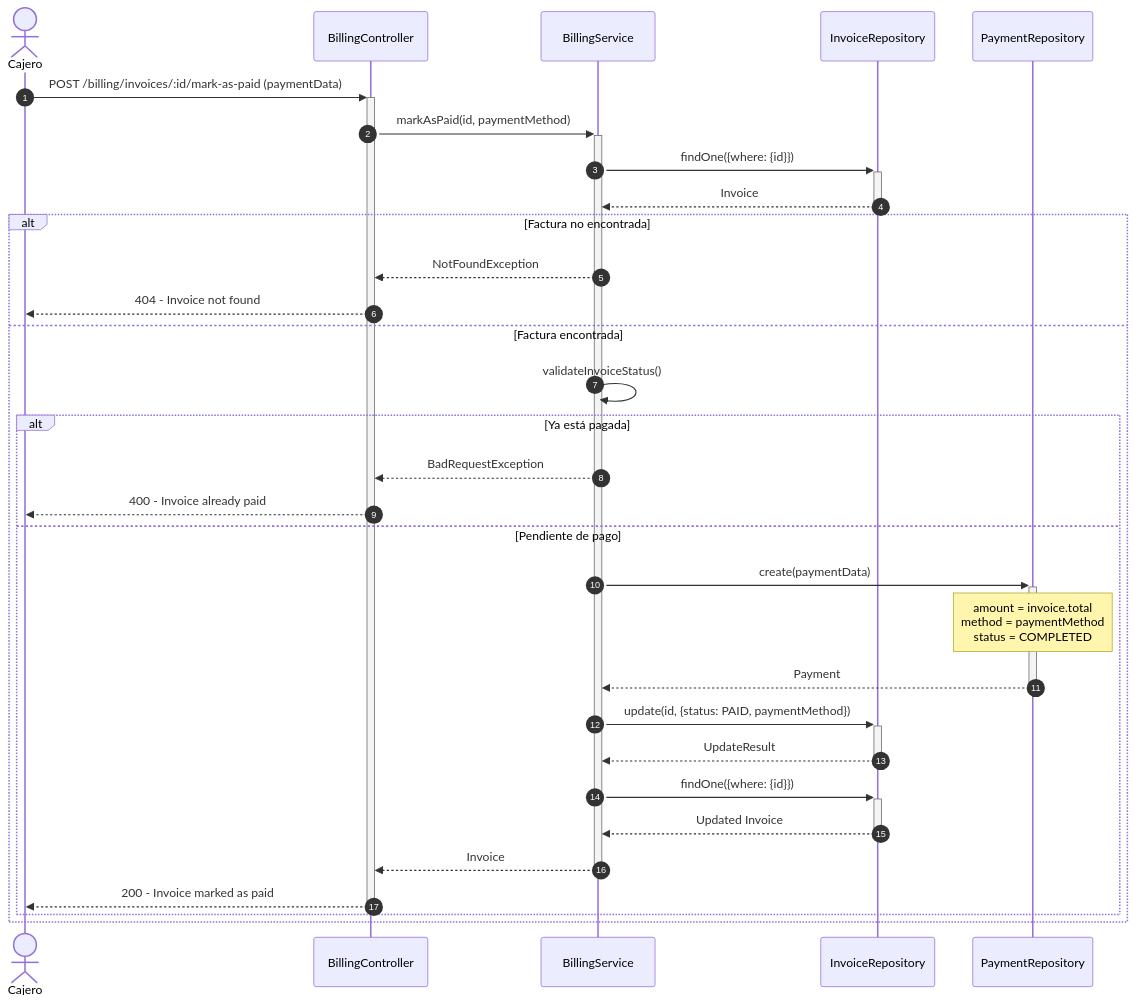
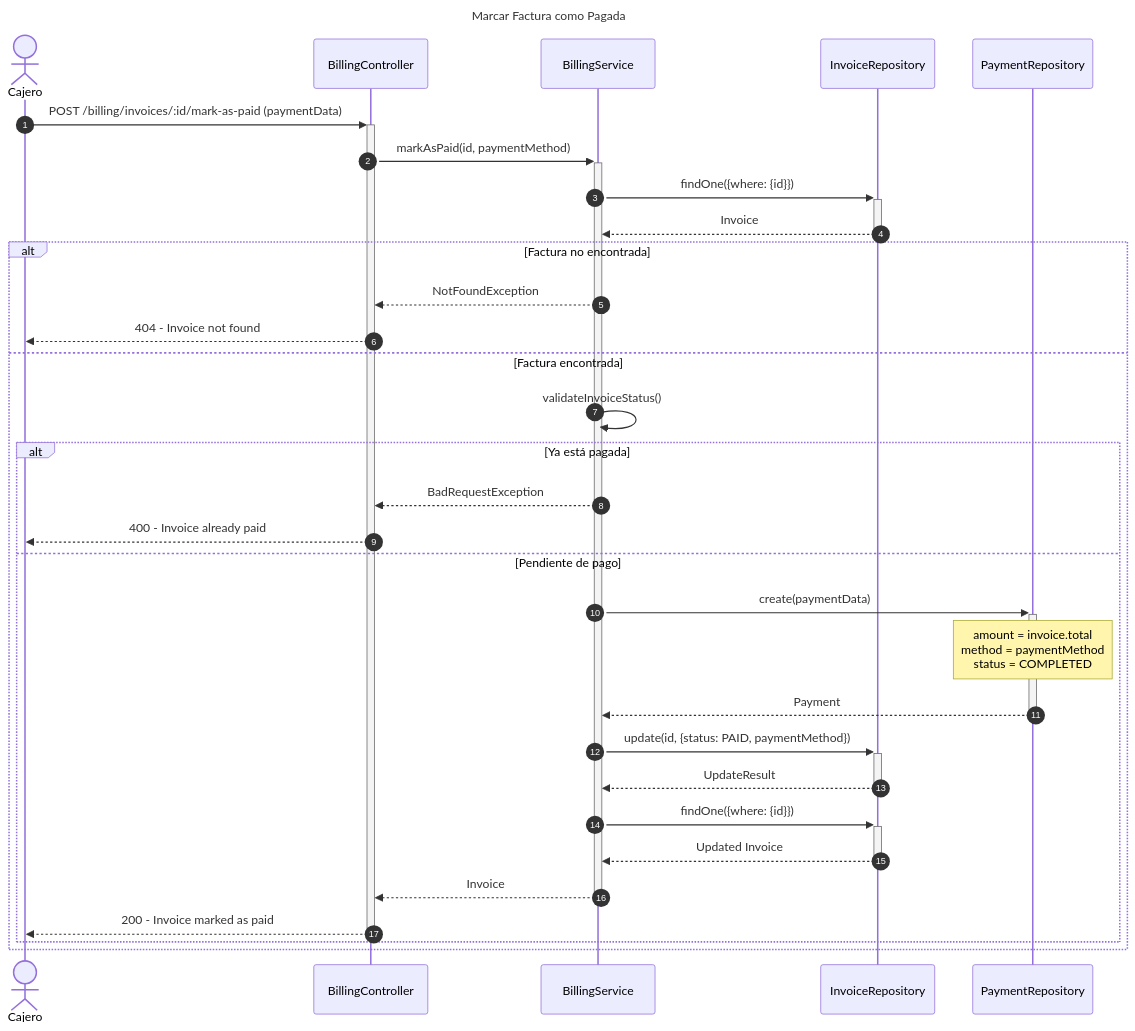
One commit to Nick220505/hotelier-backend changed the second of 7 diagrams in diagrams/sequence/billing-sequence-diagram.md. Above: the diagram before and after it, drawn with Mermaid. The commit also changed other lines of this file and 5 other files, not shown here.

Commit message:
Add titles to sequence diagrams for Billing, Employees, Inventory, Reservations, Restaurant, and Users modules

````diff
--- a/diagrams/sequence/billing-sequence-diagram.md
+++ b/diagrams/sequence/billing-sequence-diagram.md
@@ -31,40 +34,43 @@
 ```mermaid
+---
+title: Marcar Factura como Pagada
+---
 sequenceDiagram
     autonumber
     actor Cajero
     participant Controller as BillingController
     participant Service as BillingService
     participant InvoiceRepo as InvoiceRepository
     participant PaymentRepo as PaymentRepository
 
     Cajero->>+Controller: POST /billing/invoices/:id/mark-as-paid (paymentData)
     Controller->>+Service: markAsPaid(id, paymentMethod)
     
     Service->>+InvoiceRepo: findOne({where: {id}})
     InvoiceRepo-->>-Service: Invoice
     
     alt Factura no encontrada
         Service-->>Controller: NotFoundException
         Controller-->>Cajero: 404 - Invoice not found
     else Factura encontrada
         Service->>Service: validateInvoiceStatus()
         
         alt Ya está pagada
             Service-->>Controller: BadRequestException
             Controller-->>Cajero: 400 - Invoice already paid
         else Pendiente de pago
             Service->>+PaymentRepo: create(paymentData)
             Note over PaymentRepo: amount = invoice.total<br/>method = paymentMethod<br/>status = COMPLETED
             PaymentRepo-->>-Service: Payment
             
             Service->>+InvoiceRepo: update(id, {status: PAID, paymentMethod})
             InvoiceRepo-->>-Service: UpdateResult
             
             Service->>+InvoiceRepo: findOne({where: {id}})
             InvoiceRepo-->>-Service: Updated Invoice
             
             Service-->>-Controller: Invoice
             Controller-->>-Cajero: 200 - Invoice marked as paid
         end
     end
 ```
````
